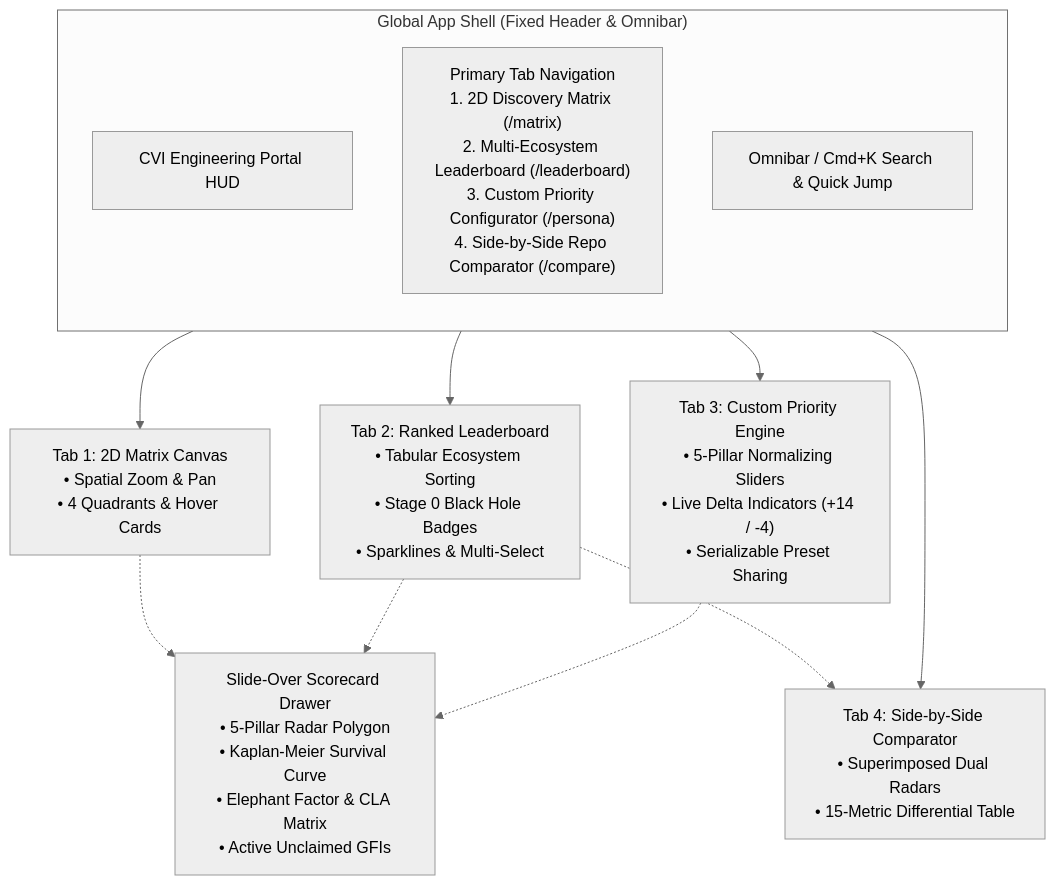
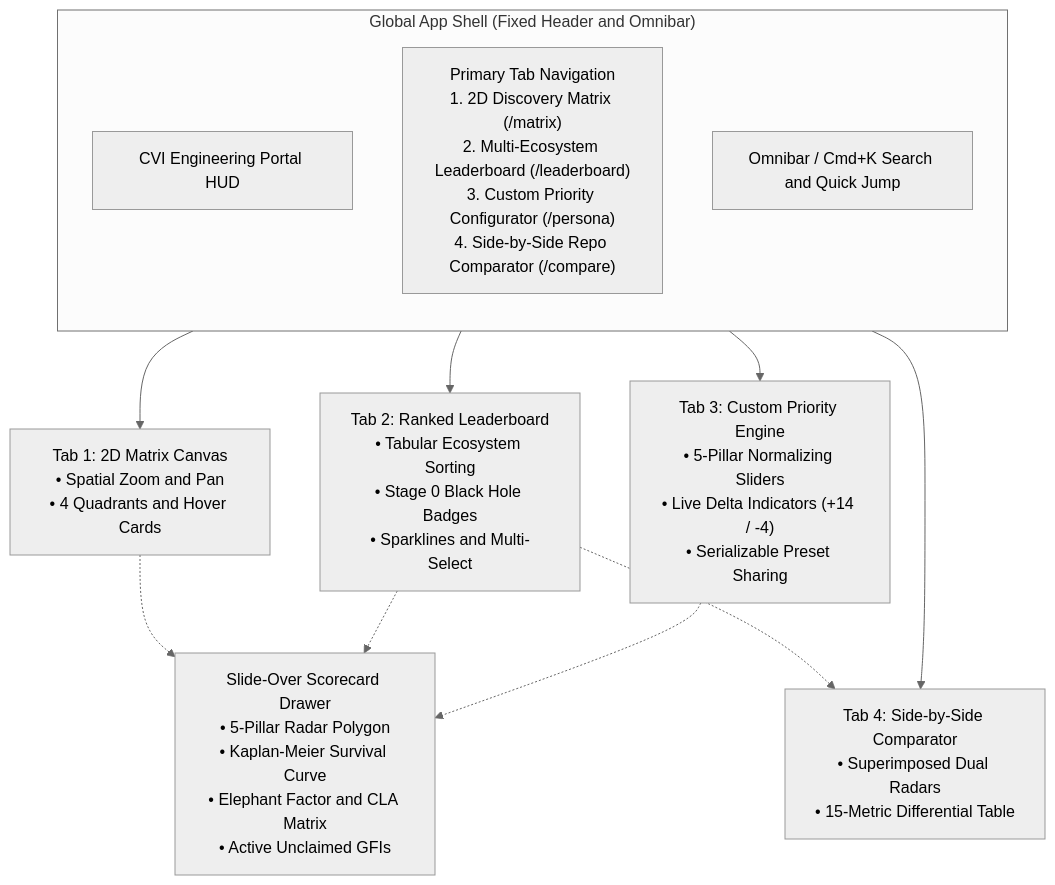
One commit to pctablet505/porchlamp-engine changed diagram 11 of 13 in docs/ARCHITECTURE.md. Above: the diagram before and after it, drawn with Mermaid (neutral theme). The commit also changed other lines of this file and 3 other files, not shown here.

Commit message:
docs: resolve all GFM, KaTeX, and Mermaid rendering issues across architecture and UI specs

````diff
--- a/docs/ARCHITECTURE.md
+++ b/docs/ARCHITECTURE.md
@@ -842,19 +844,19 @@
 ```mermaid
 flowchart TD
-    subgraph GlobalShell ["Global App Shell (Fixed Header & Omnibar)"]
+    subgraph GlobalShell ["Global App Shell (Fixed Header and Omnibar)"]
         direction TB
         Brand["CVI Engineering Portal HUD"]
         NavRail["Primary Tab Navigation<br/>1. 2D Discovery Matrix (/matrix)<br/>2. Multi-Ecosystem Leaderboard (/leaderboard)<br/>3. Custom Priority Configurator (/persona)<br/>4. Side-by-Side Repo Comparator (/compare)"]
-        Omnibar["Omnibar / Cmd+K Search & Quick Jump"]
+        Omnibar["Omnibar / Cmd+K Search and Quick Jump"]
     end
 
-    GlobalShell --> Tab1["Tab 1: 2D Matrix Canvas<br/>• Spatial Zoom & Pan<br/>• 4 Quadrants & Hover Cards"]
-    GlobalShell --> Tab2["Tab 2: Ranked Leaderboard<br/>• Tabular Ecosystem Sorting<br/>• Stage 0 Black Hole Badges<br/>• Sparklines & Multi-Select"]
+    GlobalShell --> Tab1["Tab 1: 2D Matrix Canvas<br/>• Spatial Zoom and Pan<br/>• 4 Quadrants and Hover Cards"]
+    GlobalShell --> Tab2["Tab 2: Ranked Leaderboard<br/>• Tabular Ecosystem Sorting<br/>• Stage 0 Black Hole Badges<br/>• Sparklines and Multi-Select"]
     GlobalShell --> Tab3["Tab 3: Custom Priority Engine<br/>• 5-Pillar Normalizing Sliders<br/>• Live Delta Indicators (+14 / -4)<br/>• Serializable Preset Sharing"]
     GlobalShell --> Tab4["Tab 4: Side-by-Side Comparator<br/>• Superimposed Dual Radars<br/>• 15-Metric Differential Table"]
 
-    Tab1 -.-> Drawer["Slide-Over Scorecard Drawer<br/>• 5-Pillar Radar Polygon<br/>• Kaplan-Meier Survival Curve<br/>• Elephant Factor & CLA Matrix<br/>• Active Unclaimed GFIs"]
+    Tab1 -.-> Drawer["Slide-Over Scorecard Drawer<br/>• 5-Pillar Radar Polygon<br/>• Kaplan-Meier Survival Curve<br/>• Elephant Factor and CLA Matrix<br/>• Active Unclaimed GFIs"]
     Tab2 -.-> Drawer
     Tab3 -.-> Drawer
     Tab2 -.-> Tab4
 ```
````
